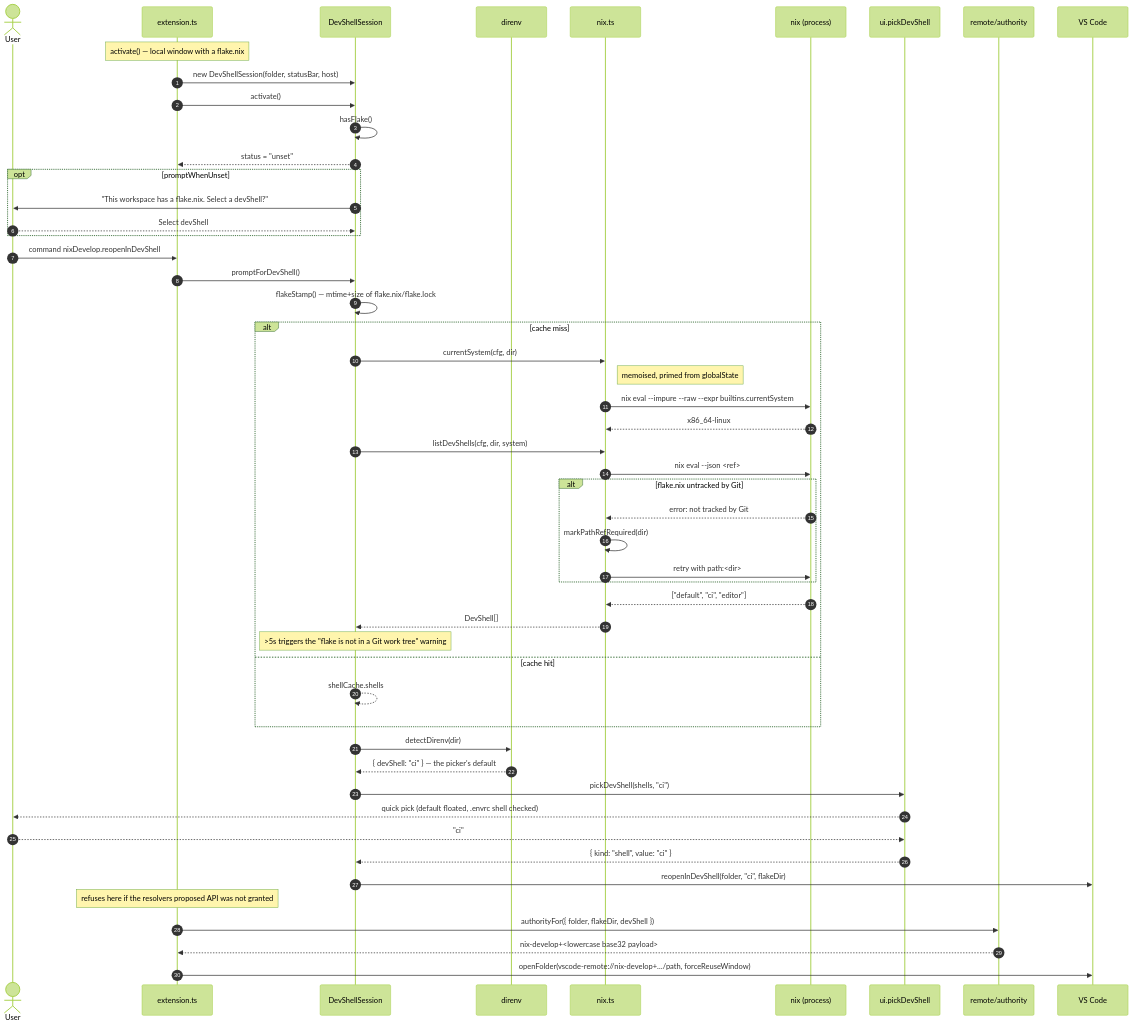
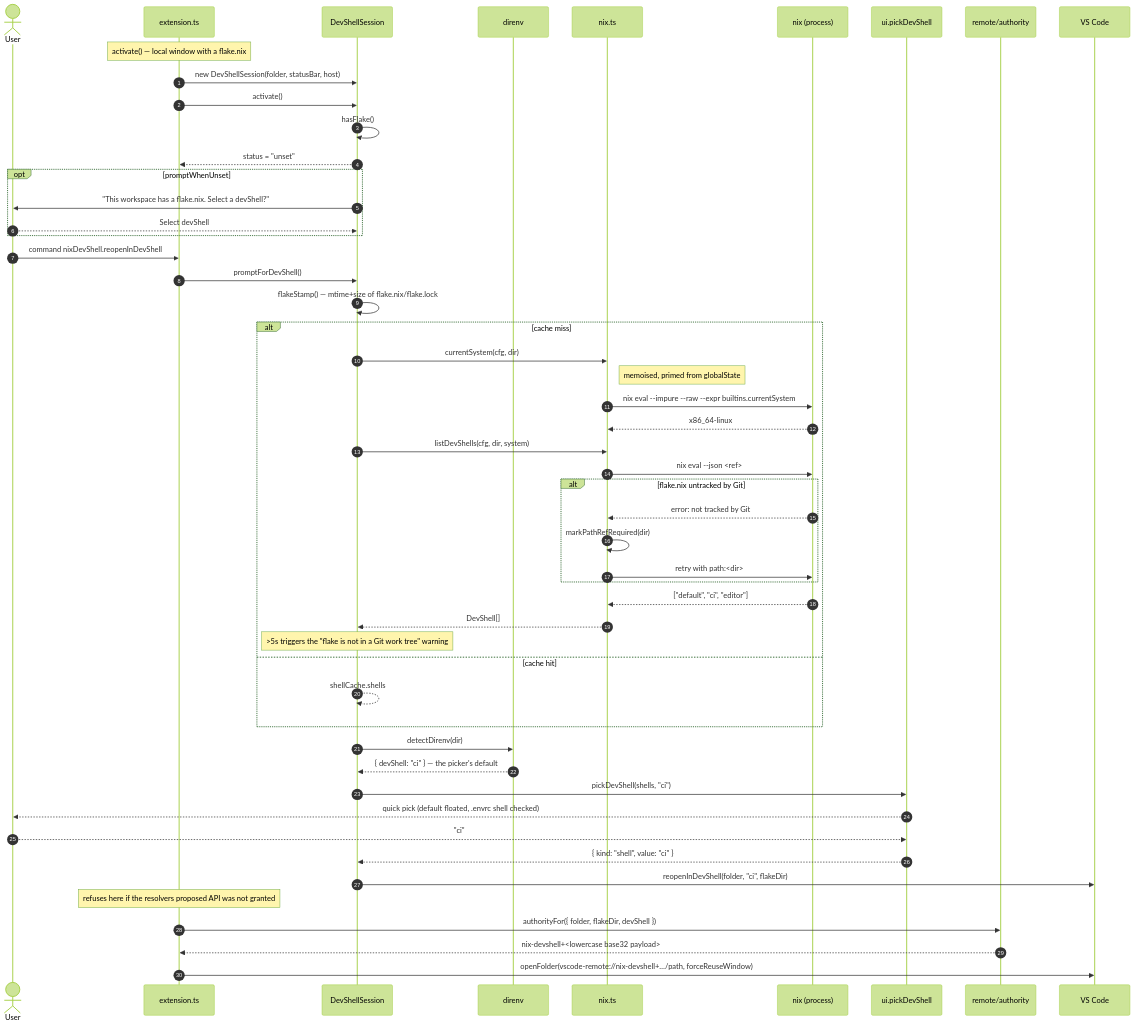
One commit to wiomoc/vscode-nix-develop changed the first of 4 diagrams in architecture/startup-sequence.md. Above: the diagram before and after it, drawn with Mermaid (forest theme). The commit also changed other lines of this file and 36 other files, not shown here.

Commit message:
rename to nix-devshell

````diff
--- a/architecture/startup-sequence.md
+++ b/architecture/startup-sequence.md
@@ -12,59 +12,59 @@
 ```mermaid
 sequenceDiagram
     autonumber
     actor User
     participant Ext as extension.ts
     participant Session as DevShellSession
     participant Direnv as direnv
     participant Nix as nix.ts
     participant NixCLI as nix (process)
     participant UI as ui.pickDevShell
     participant Auth as remote/authority
     participant Code as VS Code
 
     Note over Ext: activate() — local window with a flake.nix
     Ext->>Session: new DevShellSession(folder, statusBar, host)
     Ext->>Session: activate()
     Session->>Session: hasFlake()
     Session-->>Ext: status = "unset"
     opt promptWhenUnset
         Session->>User: "This workspace has a flake.nix. Select a devShell?"
         User-->>Session: Select devShell
     end
 
-    User->>Ext: command nixDevelop.reopenInDevShell
+    User->>Ext: command nixDevShell.reopenInDevShell
     Ext->>Session: promptForDevShell()
 
     Session->>Session: flakeStamp() — mtime+size of flake.nix/flake.lock
     alt cache miss
         Session->>Nix: currentSystem(cfg, dir)
         Note right of Nix: memoised, primed from globalState
         Nix->>NixCLI: nix eval --impure --raw --expr builtins.currentSystem
         NixCLI-->>Nix: x86_64-linux
         Session->>Nix: listDevShells(cfg, dir, system)
         Nix->>NixCLI: nix eval --json <ref>#devShells.<system> --apply builtins.attrNames
         alt flake.nix untracked by Git
             NixCLI-->>Nix: error: not tracked by Git
             Nix->>Nix: markPathRefRequired(dir)
             Nix->>NixCLI: retry with path:<dir>
         end
         NixCLI-->>Nix: ["default", "ci", "editor"]
         Nix-->>Session: DevShell[]
         Note over Session: >5s triggers the "flake is not in a Git work tree" warning
     else cache hit
         Session-->>Session: shellCache.shells
     end
 
     Session->>Direnv: detectDirenv(dir)
     Direnv-->>Session: { devShell: "ci" } — the picker's default
     Session->>UI: pickDevShell(shells, "ci")
     UI-->>User: quick pick (default floated, .envrc shell checked)
     User-->>UI: "ci"
     UI-->>Session: { kind: "shell", value: "ci" }
 
     Session->>Code: reopenInDevShell(folder, "ci", flakeDir)
     Note over Ext: refuses here if the resolvers proposed API was not granted
     Ext->>Auth: authorityFor({ folder, flakeDir, devShell })
-    Auth-->>Ext: nix-develop+<lowercase base32 payload>
-    Ext->>Code: openFolder(vscode-remote://nix-develop+…/path, forceReuseWindow)
+    Auth-->>Ext: nix-devshell+<lowercase base32 payload>
+    Ext->>Code: openFolder(vscode-remote://nix-devshell+…/path, forceReuseWindow)
 ```
````
